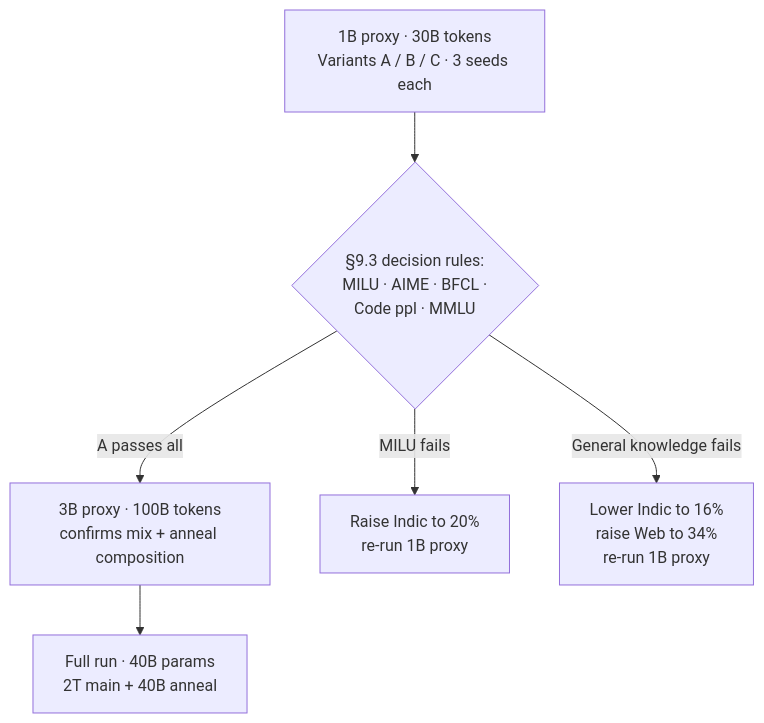
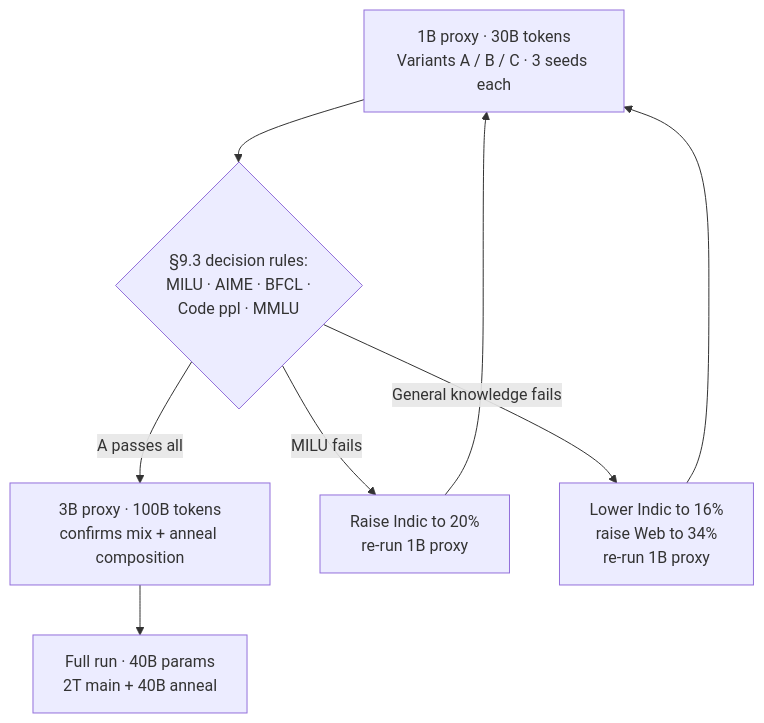
The fifth of 5 diagrams in v5/session5/README.md (RaviNaik/ERA), drawn with Mermaid before and after one commit. The commit also changed other lines of this file, not shown here.

Commit message:
Updated mermaid diagrams session5

````diff
--- a/v5/session5/README.md
+++ b/v5/session5/README.md
@@ -433,8 +436,10 @@
 ```mermaid
 flowchart TD
     A["1B proxy · 30B tokens<br/>Variants A / B / C · 3 seeds each"] --> B{"§9.3 decision rules:<br/>MILU · AIME · BFCL ·<br/>Code ppl · MMLU"}
     B -->|"A passes all"| C["3B proxy · 100B tokens<br/>confirms mix + anneal composition"]
     B -->|"MILU fails"| D["Raise Indic to 20%<br/>re-run 1B proxy"]
     B -->|"General knowledge fails"| E["Lower Indic to 16%<br/>raise Web to 34%<br/>re-run 1B proxy"]
+    D --> A
+    E --> A
     C --> F["Full run · 40B params<br/>2T main + 40B anneal"]
 ```
````
